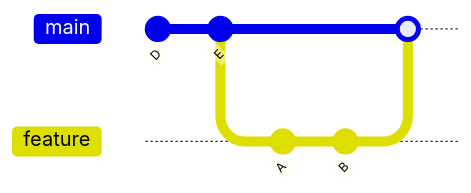
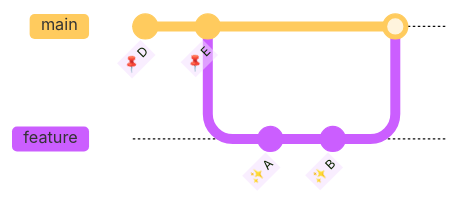
Before and after one commit to jingu279/Document: the first of 2 diagrams in git/09_용어_설명.md, drawn with Mermaid. The commit also changed other lines of this file and 24 other files, not shown here.

First line of the commit message:
Git 문서 전체 Mermaid 다이어그램 스타일링 통일

````diff
--- a/git/09_용어_설명.md
+++ b/git/09_용어_설명.md
@@ -140,11 +140,12 @@
-  ```mermaid
-  gitGraph
-     commit id: "D"
-     commit id: "E"
-     branch feature
-     checkout feature
-     commit id: "A"
-     commit id: "B"
-     checkout main
-     merge feature
-  ```
+```mermaid
+%%{init: {'theme': 'base', 'themeVariables': {'fontSize': '13px'}}}%%
+gitGraph
+   commit id: "📌 D"
+   commit id: "📌 E"
+   branch feature
+   checkout feature
+   commit id: "✨ A"
+   commit id: "✨ B"
+   checkout main
+   merge feature
+```
````
